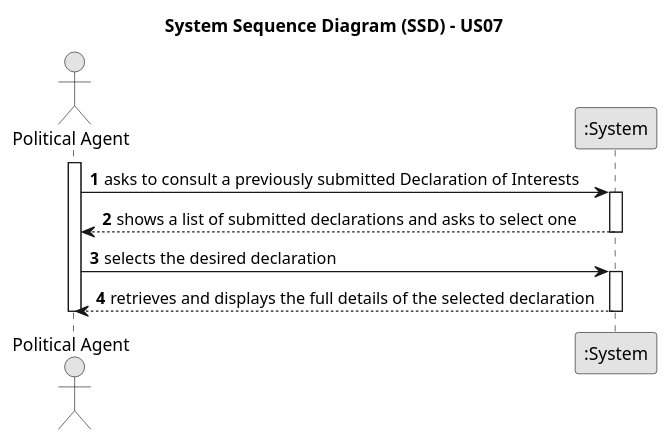
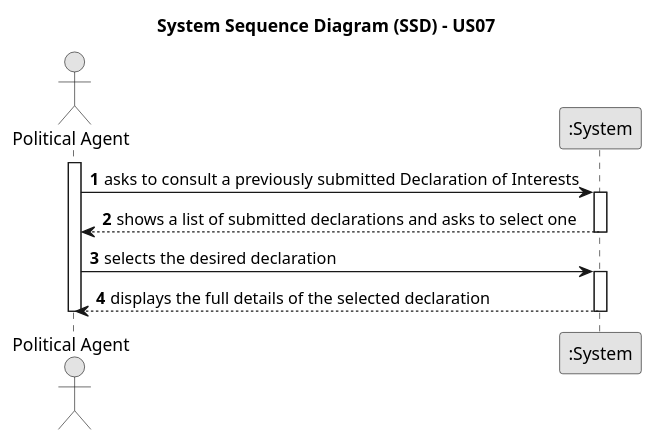
One commit to brunodspinto/crystal-clear-platform changed the diagram in docs/system-documentation/US07/01.requirements-engineering/puml/US07-SSD.puml. Above: the diagram before and after it, drawn with PlantUML. The commit also changed 7 other files, not shown here.

```diff
--- a/docs/system-documentation/US07/01.requirements-engineering/puml/US07-SSD.puml
+++ b/docs/system-documentation/US07/01.requirements-engineering/puml/US07-SSD.puml
@@ -1,27 +1,27 @@
 @startuml
 skinparam monochrome true
 skinparam packageStyle rectangle
 skinparam shadowing false
 
 title System Sequence Diagram (SSD) - US07
 
 autonumber
 
 actor "Political Agent" as Agent
 participant ":System" as System
 
 activate Agent
 
 Agent -> System : asks to consult a previously submitted Declaration of Interests
 activate System
 System --> Agent : shows a list of submitted declarations and asks to select one
 deactivate System
 
 Agent -> System : selects the desired declaration
 activate System
-System --> Agent : retrieves and displays the full details of the selected declaration
+System --> Agent : displays the full details of the selected declaration
 deactivate System
 
 deactivate Agent
 
 @enduml
```
